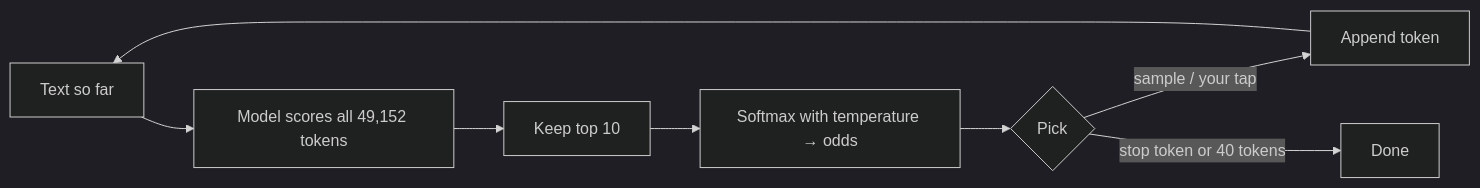
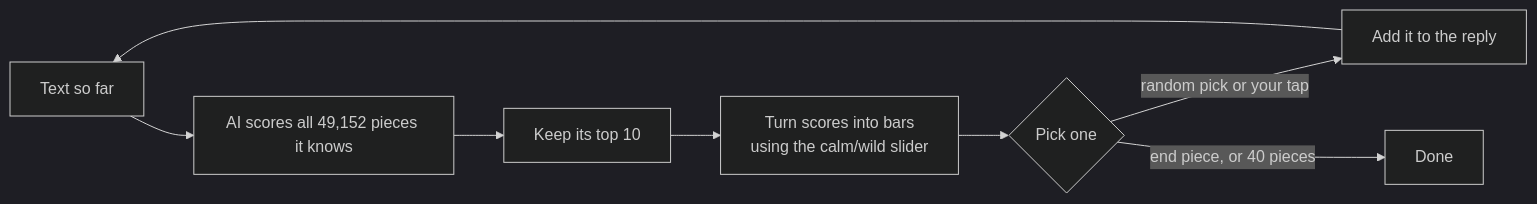
The diagram in chapters/03-theater/README.md (khadir-syed/k_ai-playground), drawn with Mermaid (dark theme) before and after one commit. The commit also changed other lines of this file and 13 other files, not shown here.

````diff
--- a/chapters/03-theater/README.md
+++ b/chapters/03-theater/README.md
@@ -17,8 +29,8 @@
 ```mermaid
 flowchart LR
-  T[Text so far] --> M[Model scores all 49,152 tokens]
-  M --> K[Keep top 10] --> S[Softmax with temperature → odds]
-  S --> P{Pick}
-  P -- sample / your tap --> A[Append token] --> T
-  P -- stop token or 40 tokens --> D[Done]
+  T[Text so far] --> M[AI scores all 49,152 pieces it knows]
+  M --> K[Keep its top 10] --> S[Turn scores into bars<br/>using the calm/wild slider]
+  S --> P{Pick one}
+  P -- random pick or your tap --> A[Add it to the reply] --> T
+  P -- end piece, or 40 pieces --> D[Done]
 ```
````
